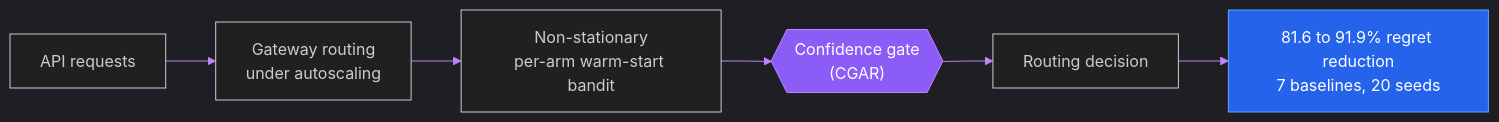
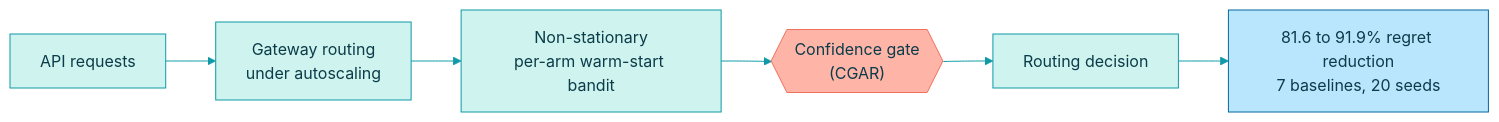
Before and after one commit to khushi-070906/khushi-070906: the fourth of 5 diagrams in README.md, drawn with Mermaid. The commit also changed other lines of this file and 14 other files, not shown here.

````diff
--- a/README.md
+++ b/README.md
@@ -104,11 +104,11 @@
 ```mermaid
-%%{init: {'theme':'dark','themeVariables':{'primaryColor':'#4A00E0','primaryTextColor':'#ffffff','primaryBorderColor':'#8B5CF6','lineColor':'#C084FC','fontFamily':'monospace'}}}%%
+%%{init: {'theme':'base','themeVariables':{'primaryColor':'#CFF3EE','primaryTextColor':'#0B3C49','primaryBorderColor':'#0E9AA7','lineColor':'#0E9AA7','secondaryColor':'#FFE8C2','tertiaryColor':'#FFF6E5','fontFamily':'monospace'}}}%%
 flowchart LR
     A["API requests"] --> B["Gateway routing<br/>under autoscaling"]
     B --> C["Non-stationary<br/>per-arm warm-start bandit"]
     C --> D{{"Confidence gate<br/>(CGAR)"}}
     D --> E["Routing decision"]
     E --> F["81.6 to 91.9% regret reduction<br/>7 baselines, 20 seeds"]
-    style D fill:#8B5CF6,stroke:#C084FC,color:#fff
-    style F fill:#2563EB,stroke:#60A5FA,color:#fff
+    style D fill:#FFB4A8,stroke:#F2705E,color:#0B3C49
+    style F fill:#BAE6FD,stroke:#0369A1,color:#0B3C49
 ```
````
